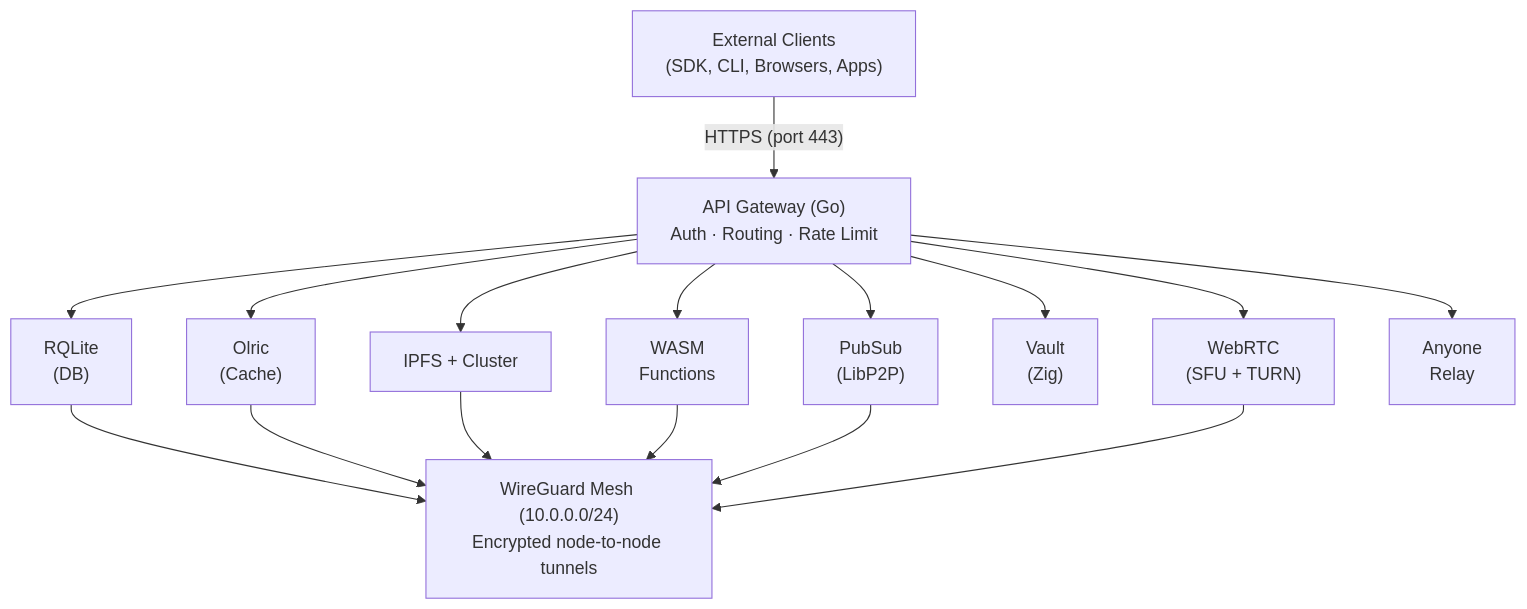
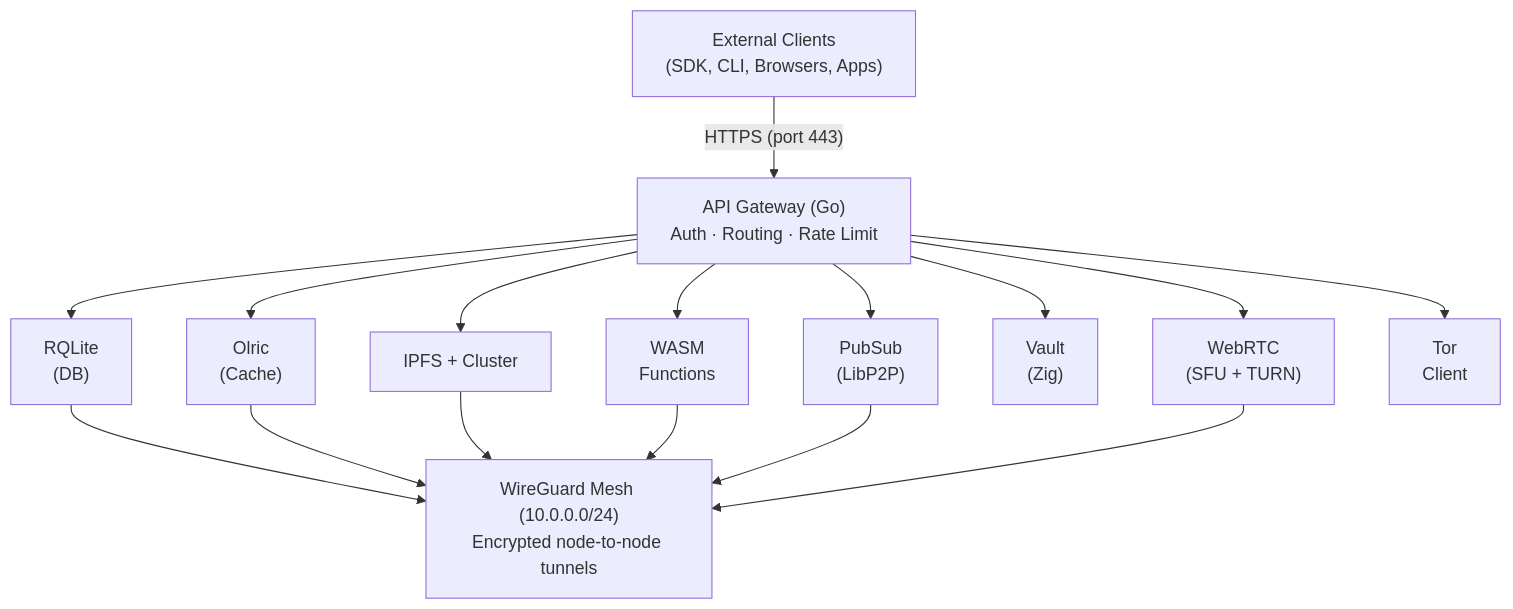
The first of 2 diagrams in website/src/docs/contributor/architecture.mdx (DeBrosDAO/orama), drawn with Mermaid before and after one commit. The commit also changed other lines of this file and 128 other files, not shown here.

First line of the commit message:
feat(166): replace the Anyone network with a client-only Tor

````diff
--- a/website/src/docs/contributor/architecture.mdx
+++ b/website/src/docs/contributor/architecture.mdx
@@ -7,30 +7,30 @@
 ```mermaid
 graph TD
     Clients["External Clients<br/>(SDK, CLI, Browsers, Apps)"]
     Gateway["API Gateway (Go)<br/>Auth · Routing · Rate Limit"]
     RQLite["RQLite<br/>(DB)"]
     Olric["Olric<br/>(Cache)"]
     IPFS["IPFS + Cluster"]
     WASM["WASM<br/>Functions"]
     PubSub["PubSub<br/>(LibP2P)"]
     Vault["Vault<br/>(Zig)"]
     WebRTC["WebRTC<br/>(SFU + TURN)"]
-    Anyone["Anyone<br/>Relay"]
+    Tor["Tor<br/>Client"]
     WG["WireGuard Mesh (10.0.0.0/24)<br/>Encrypted node-to-node tunnels"]
 
     Clients -->|"HTTPS (port 443)"| Gateway
     Gateway --> RQLite
     Gateway --> Olric
     Gateway --> IPFS
     Gateway --> WASM
     Gateway --> PubSub
     Gateway --> Vault
     Gateway --> WebRTC
-    Gateway --> Anyone
+    Gateway --> Tor
     RQLite --> WG
     Olric --> WG
     IPFS --> WG
     WASM --> WG
     PubSub --> WG
     WebRTC --> WG
 ```
````
